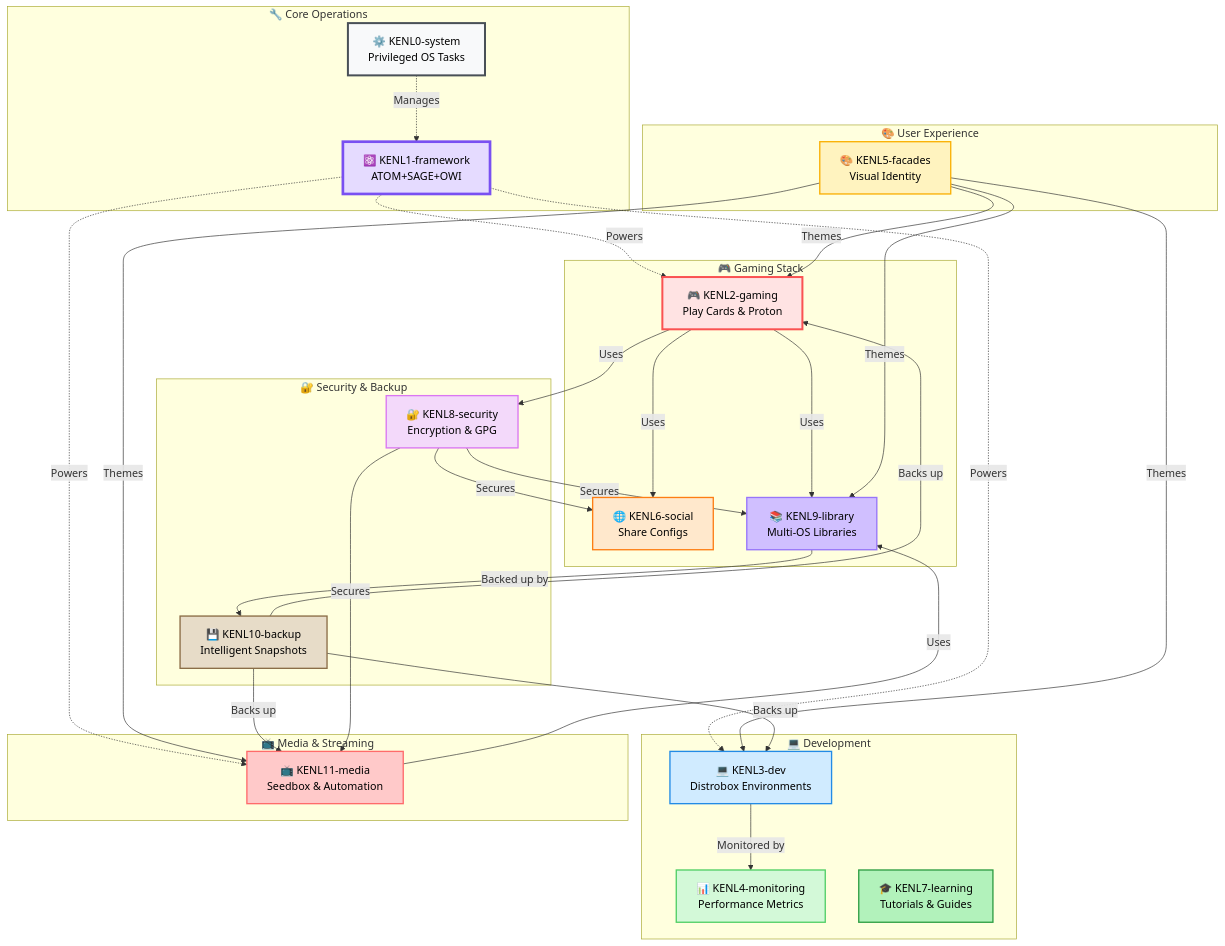
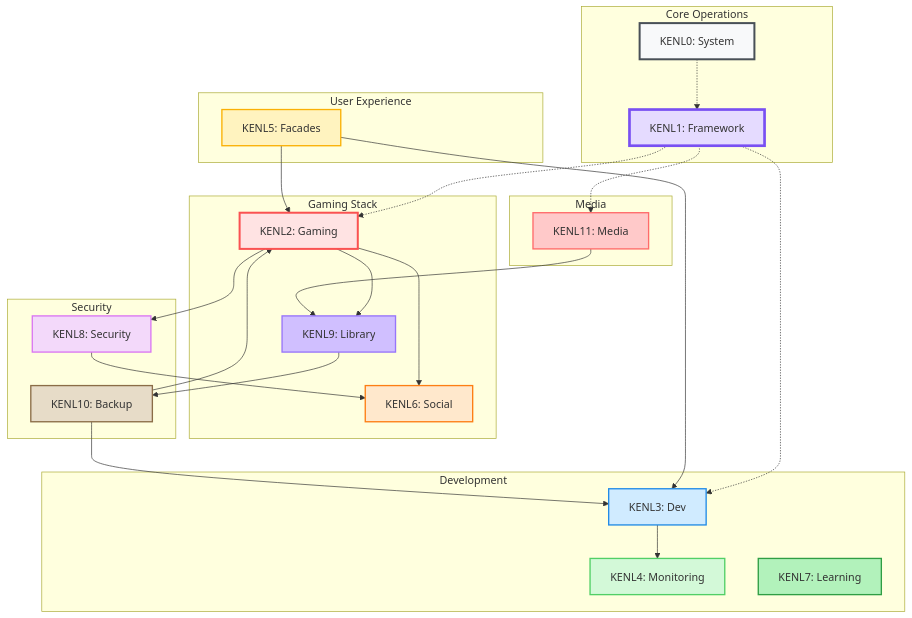
One commit to toolate28/kenl changed the second of 2 diagrams in README.md. Above: the diagram before and after it, drawn with Mermaid. The commit also changed other lines of this file, not shown here.

Commit message:
fix: simplify Mermaid diagrams to resolve GitHub rendering issues
- Changed node IDs from KENL0/KENL1/KENL2 to K0/K1/K2 (simpler)
- Removed emojis from node labels (kept in markdown text)
- Simplified multi-line labels to single-line
- Removed <br/> tags that may cause parse errors
- Cleaned up first diagram (gaming workflow) node names
- Added RWS-06 to scenario list
- Proper blank line spacing around code blocks

All diagrams now use simple alphanumeric IDs with clean labels.

ATOM-DOC-20251110-018

````diff
--- a/README.md
+++ b/README.md
@@ -86,66 +93,61 @@
 ```mermaid
 graph TB
-    subgraph Core["🔧 Core Operations"]
-        KENL0[⚙️ KENL0-system<br/>Privileged OS Tasks]
-        KENL1[⚛️ KENL1-framework<br/>ATOM+SAGE+OWI]
+    subgraph Core[Core Operations]
+        K0[KENL0: System]
+        K1[KENL1: Framework]
     end
 
-    subgraph Gaming["🎮 Gaming Stack"]
-        KENL2[🎮 KENL2-gaming<br/>Play Cards & Proton]
-        KENL6[🌐 KENL6-social<br/>Share Configs]
-        KENL9[📚 KENL9-library<br/>Multi-OS Libraries]
+    subgraph Gaming[Gaming Stack]
+        K2[KENL2: Gaming]
+        K6[KENL6: Social]
+        K9[KENL9: Library]
     end
 
-    subgraph Development["💻 Development"]
-        KENL3[💻 KENL3-dev<br/>Distrobox Environments]
-        KENL4[📊 KENL4-monitoring<br/>Performance Metrics]
-        KENL7[🎓 KENL7-learning<br/>Tutorials & Guides]
+    subgraph Dev[Development]
+        K3[KENL3: Dev]
+        K4[KENL4: Monitoring]
+        K7[KENL7: Learning]
     end
 
-    subgraph Media["📺 Media & Streaming"]
-        KENL11[📺 KENL11-media<br/>Seedbox & Automation]
+    subgraph Media[Media]
+        K11[KENL11: Media]
     end
 
-    subgraph UX["🎨 User Experience"]
-        KENL5[🎨 KENL5-facades<br/>Visual Identity]
+    subgraph UX[User Experience]
+        K5[KENL5: Facades]
     end
 
-    subgraph Security["🔐 Security & Backup"]
-        KENL8[🔐 KENL8-security<br/>Encryption & GPG]
-        KENL10[💾 KENL10-backup<br/>Intelligent Snapshots]
+    subgraph Security[Security]
+        K8[KENL8: Security]
+        K10[KENL10: Backup]
     end
 
-    KENL0 -.->|Manages| KENL1
-    KENL1 -.->|Powers| KENL2
-    KENL1 -.->|Powers| KENL3
-    KENL1 -.->|Powers| KENL11
-    KENL2 -->|Uses| KENL9
-    KENL2 -->|Uses| KENL8
-    KENL2 -->|Uses| KENL6
-    KENL3 -->|Monitored by| KENL4
-    KENL5 -->|Themes| KENL2
-    KENL5 -->|Themes| KENL3
-    KENL5 -->|Themes| KENL9
-    KENL5 -->|Themes| KENL11
-    KENL9 -->|Backed up by| KENL10
-    KENL10 -->|Backs up| KENL2
-    KENL10 -->|Backs up| KENL3
-    KENL10 -->|Backs up| KENL11
-    KENL8 -->|Secures| KENL6
-    KENL8 -->|Secures| KENL9
-    KENL8 -->|Secures| KENL11
-    KENL11 -->|Uses| KENL9
+    K0 -.-> K1
+    K1 -.-> K2
+    K1 -.-> K3
+    K1 -.-> K11
+    K2 --> K9
+    K2 --> K8
+    K2 --> K6
+    K3 --> K4
+    K5 --> K2
+    K5 --> K3
+    K9 --> K10
+    K10 --> K2
+    K10 --> K3
+    K8 --> K6
+    K11 --> K9
 
-    style KENL0 fill:#f8f9fa,stroke:#495057,stroke-width:3px,color:#000
-    style KENL1 fill:#e5dbff,stroke:#7950f2,stroke-width:4px,color:#000
-    style KENL2 fill:#ffe3e3,stroke:#fa5252,stroke-width:3px,color:#000
-    style KENL3 fill:#d0ebff,stroke:#228be6,stroke-width:2px,color:#000
-    style KENL4 fill:#d3f9d8,stroke:#51cf66,stroke-width:2px,color:#000
-    style KENL5 fill:#fff3bf,stroke:#fab005,stroke-width:2px,color:#000
-    style KENL6 fill:#ffe8cc,stroke:#fd7e14,stroke-width:2px,color:#000
-    style KENL7 fill:#b2f2bb,stroke:#2f9e44,stroke-width:2px,color:#000
-    style KENL8 fill:#f3d9fa,stroke:#da77f2,stroke-width:2px,color:#000
-    style KENL9 fill:#d0bfff,stroke:#9775fa,stroke-width:2px,color:#000
-    style KENL10 fill:#e7dcc8,stroke:#8b6d47,stroke-width:2px,color:#000
-    style KENL11 fill:#ffc9c9,stroke:#ff6b6b,stroke-width:2px,color:#000
+    style K0 fill:#f8f9fa,stroke:#495057,stroke-width:3px
+    style K1 fill:#e5dbff,stroke:#7950f2,stroke-width:4px
+    style K2 fill:#ffe3e3,stroke:#fa5252,stroke-width:3px
+    style K3 fill:#d0ebff,stroke:#228be6,stroke-width:2px
+    style K4 fill:#d3f9d8,stroke:#51cf66,stroke-width:2px
+    style K5 fill:#fff3bf,stroke:#fab005,stroke-width:2px
+    style K6 fill:#ffe8cc,stroke:#fd7e14,stroke-width:2px
+    style K7 fill:#b2f2bb,stroke:#2f9e44,stroke-width:2px
+    style K8 fill:#f3d9fa,stroke:#da77f2,stroke-width:2px
+    style K9 fill:#d0bfff,stroke:#9775fa,stroke-width:2px
+    style K10 fill:#e7dcc8,stroke:#8b6d47,stroke-width:2px
+    style K11 fill:#ffc9c9,stroke:#ff6b6b,stroke-width:2px
 ```
````
